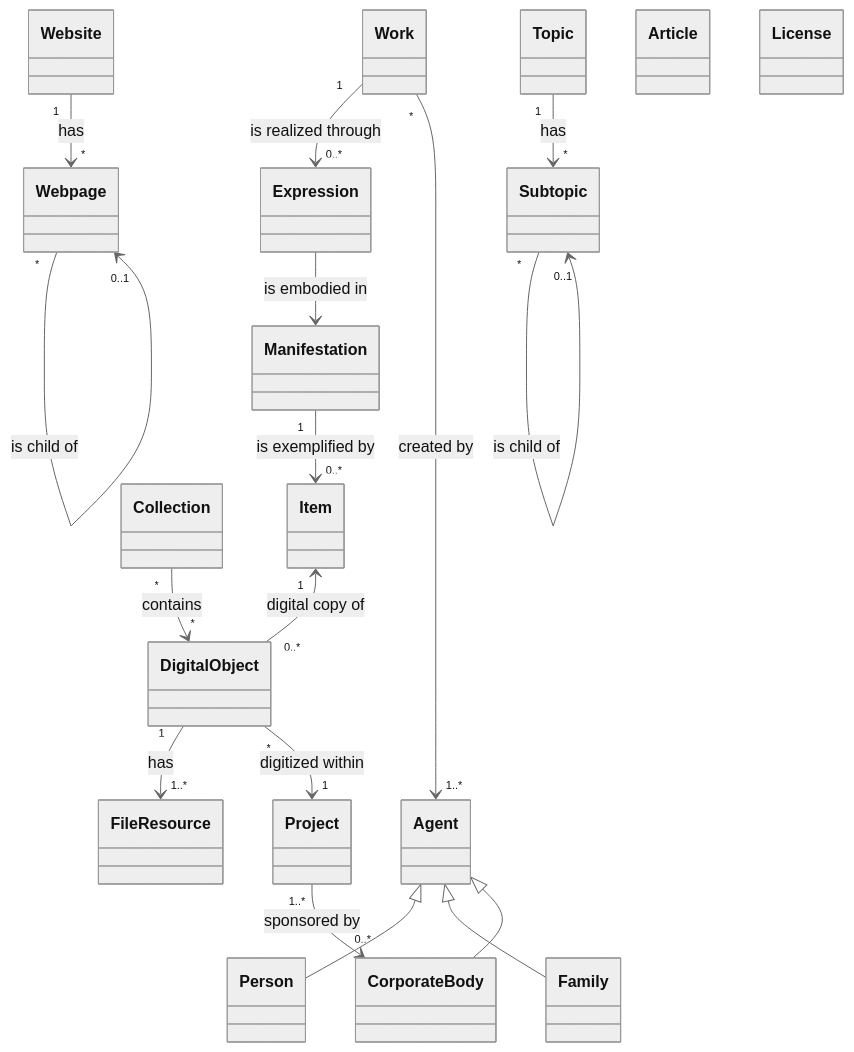
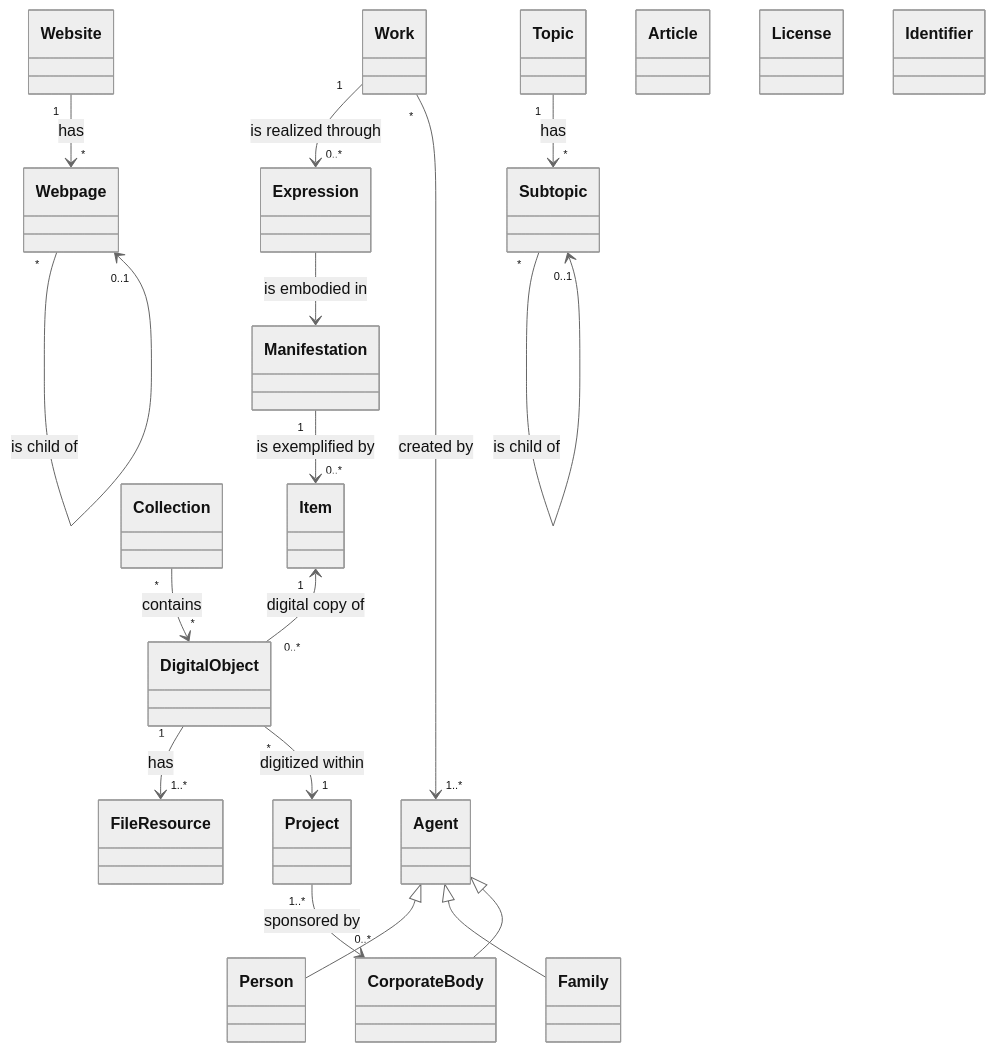
The diagram in domain-model.mmd (dbmdz/digitalcollections-model), drawn with Mermaid (neutral theme) before and after one commit. The commit also changed 5 other files, not shown here.

Commit message:
Add documentation and diagram

```diff
--- a/domain-model.mmd
+++ b/domain-model.mmd
@@ -1,34 +1,35 @@
 
 classDiagram
   Work "1" --> "0..*" Expression : is realized through
   Expression --> Manifestation : is embodied in
   Manifestation "1" --> "0..*" Item : is exemplified by
   Item "1" <-- "0..*" DigitalObject : digital copy of
   DigitalObject "1" --> "1..*" FileResource : has
 
   Work "*" --> "1..*" Agent : created by
   Agent <|-- Person
   Agent <|-- Family
   Agent <|-- CorporateBody
   Project "1..*" --> "0..*" CorporateBody : sponsored by
   DigitalObject "*" --> "1" Project : digitized within
   Collection "*" --> "*" DigitalObject : contains
   
 
   link Work "https://web.library.yale.edu/cataloging/music/frbr-wemi-music#work" "See https://web.library.yale.edu/cataloging/music/frbr-wemi-music#work"
   link Expression "https://web.library.yale.edu/cataloging/music/frbr-wemi-music#expression" "See https://web.library.yale.edu/cataloging/music/frbr-wemi-music#expression"
   link Manifestation "https://web.library.yale.edu/cataloging/music/frbr-wemi-music#manifestation" "See https://web.library.yale.edu/cataloging/music/frbr-wemi-music#manifestation"
   link Item "https://web.library.yale.edu/cataloging/music/frbr-wemi-music#item" "See https://web.library.yale.edu/cataloging/music/frbr-wemi-music#item"
 
   %%Item : +Set<Identifier> identifiers
   %%DigitalObject : +Set<Identifier> identifiers
   %%Project : +Set<Identifier> identifiers
 
   Website "1" --> "*" Webpage : has
   Webpage "*" --> "0..1" Webpage : is child of
 
   Topic "1" --> "*" Subtopic : has
   Subtopic "*" --> "0..1" Subtopic : is child of
 
   class Article
   class License
+  class Identifier
```
